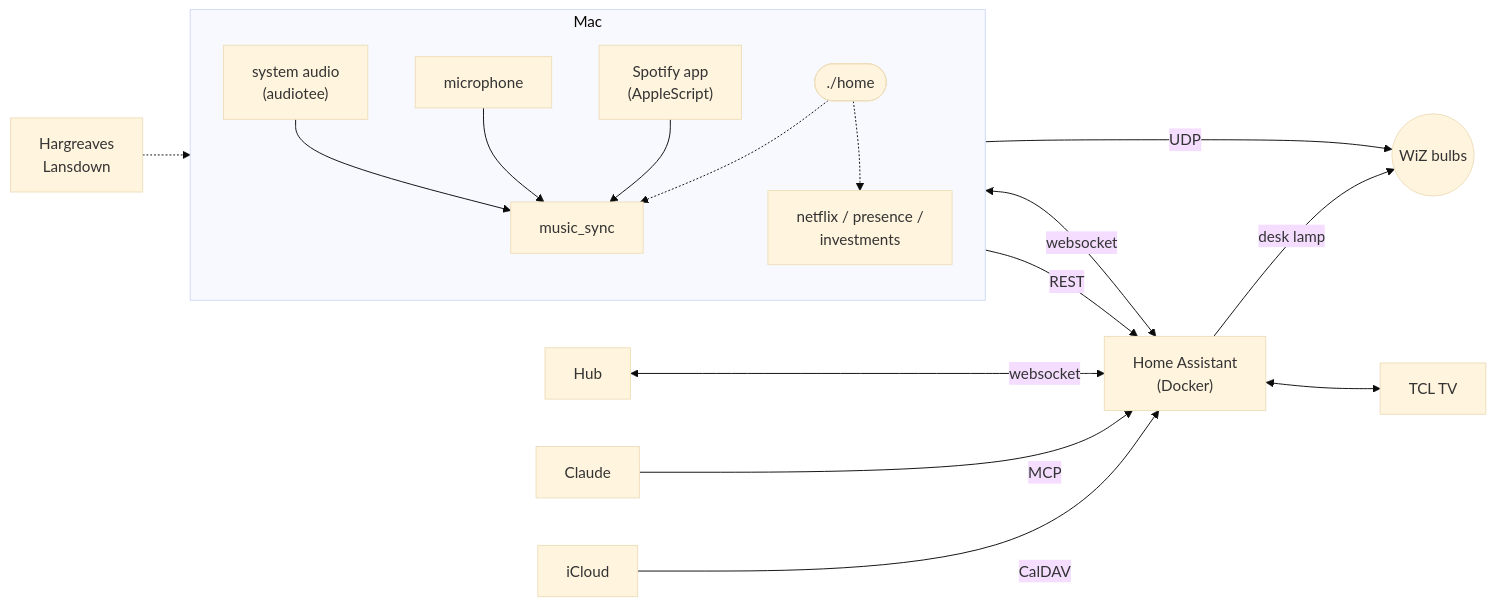
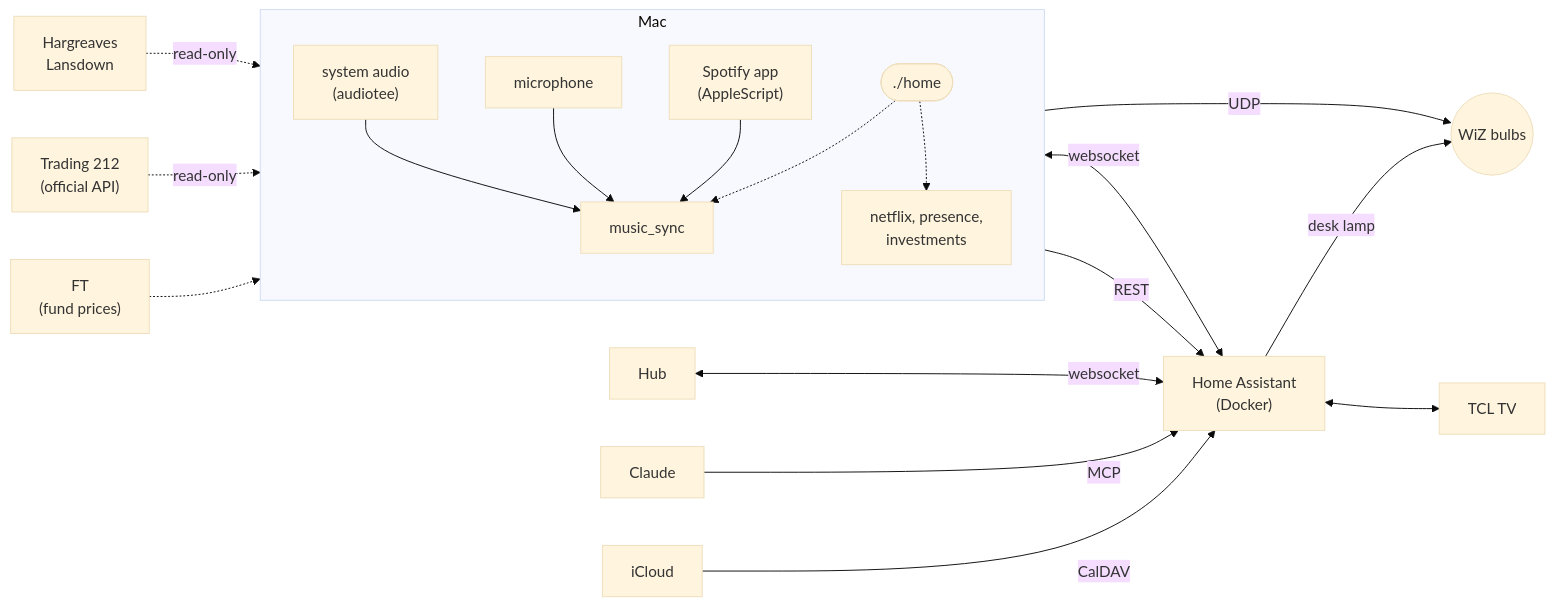
One commit to sidharrth2002/home-automation changed the diagram in README.md. Above: the diagram before and after it, drawn with Mermaid (base theme).

Commit message:
README: add Trading 212 and the FT price feed to the diagram

````diff
--- a/README.md
+++ b/README.md
@@ -44,34 +44,38 @@
 ```mermaid
 flowchart LR
     subgraph Mac
         direction TB
         audio["system audio<br/>(audiotee)"]
         mic["microphone"]
         spotify["Spotify app<br/>(AppleScript)"]
         sync["music_sync"]
-        side["netflix / presence /<br/>investments"]
+        side["netflix, presence,<br/>investments"]
         sup(["./home"])
         audio --> sync
         mic --> sync
         spotify --> sync
         sup -.-> sync & side
     end
 
     ha["Home Assistant<br/>(Docker)"]
     bulbs(("WiZ bulbs"))
     tv["TCL TV"]
     hub["Hub"]
     claude["Claude"]
     icloud["iCloud"]
     hl["Hargreaves<br/>Lansdown"]
+    t212["Trading 212<br/>(official API)"]
+    ft["FT<br/>(fund prices)"]
 
     sync -- UDP --> bulbs
     sync <-- websocket --> ha
     side -- REST --> ha
-    hl -.-> side
+    hl -. read-only .-> side
+    t212 -. read-only .-> side
+    ft -.-> side
     ha -- desk lamp --> bulbs
     ha <--> tv
     icloud -- CalDAV --> ha
     hub <-- websocket --> ha
     claude -- MCP --> ha
 ```
````
